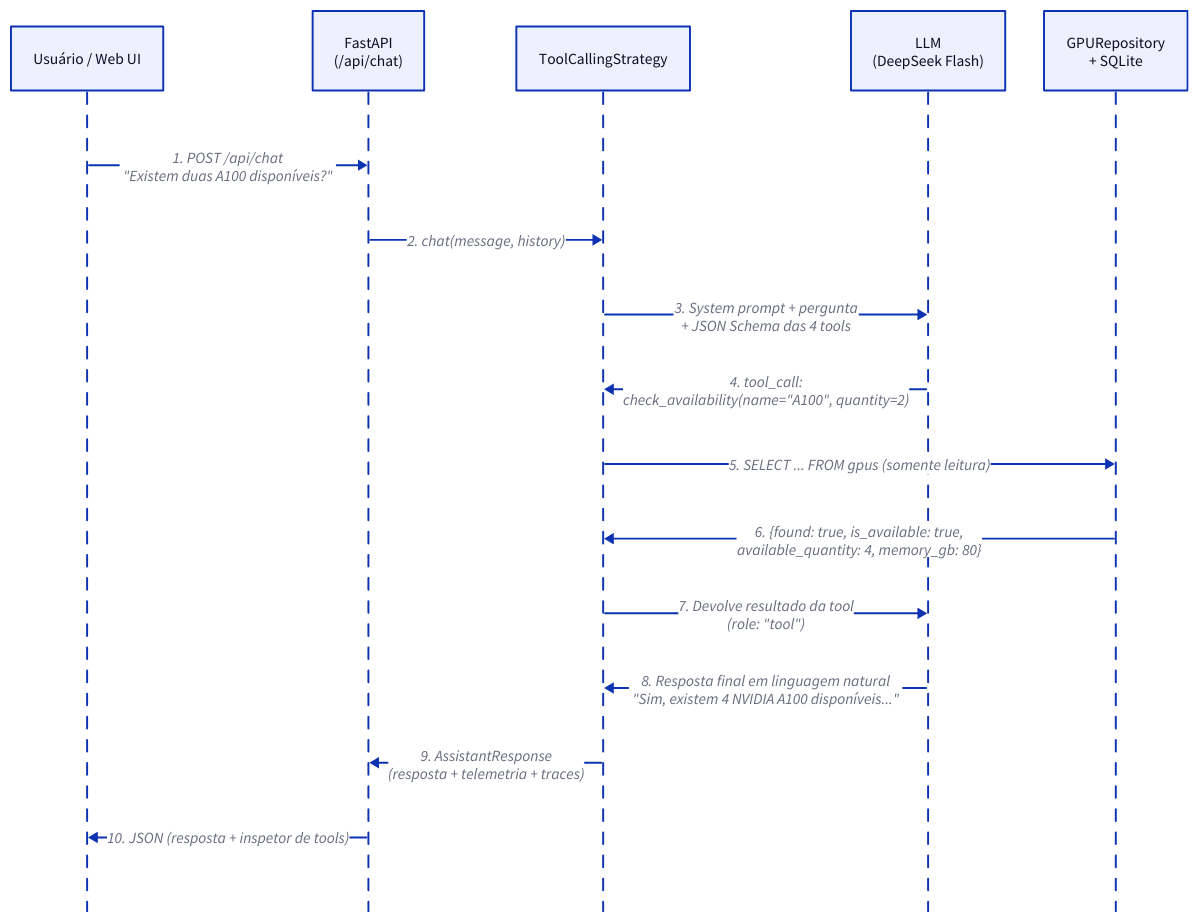
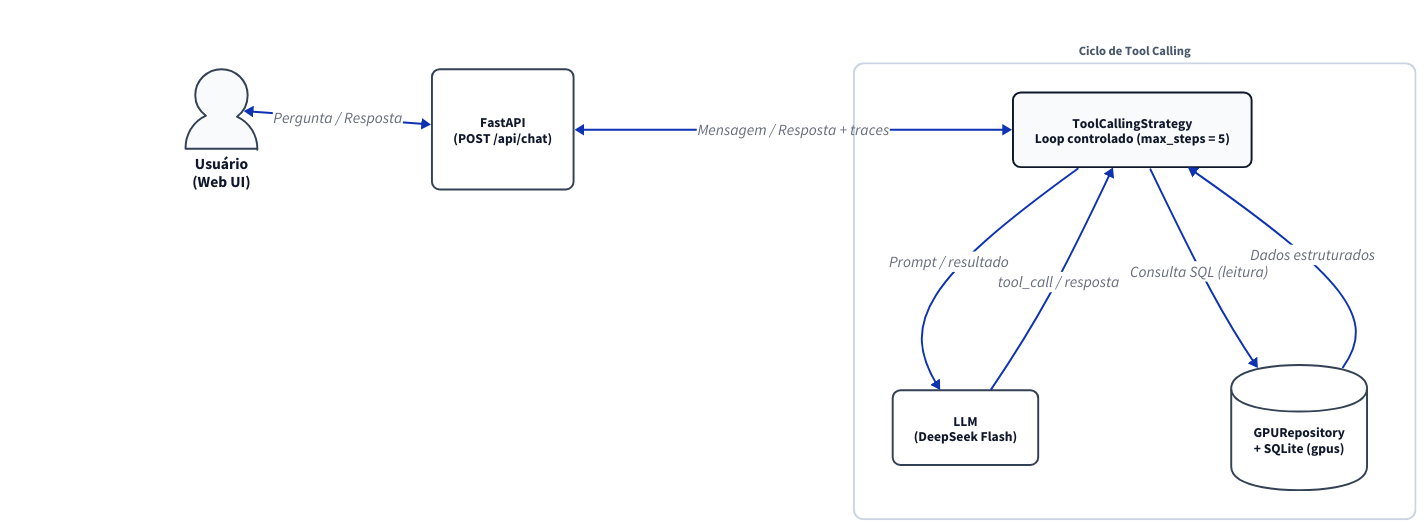
The diagram in docs/diagrams/tool_calling_flow.d2 (lucastslv/gpu-fleet-assistant), drawn with D2 before and after one commit. The commit also changed 3 other files, not shown here.

Commit message:
docs: refine tool calling flow diagram and add technical report

```diff
--- a/docs/diagrams/tool_calling_flow.d2
+++ b/docs/diagrams/tool_calling_flow.d2
@@ -1,24 +1,93 @@
-shape: sequence_diagram
+direction: down
 
 vars: {
   d2-config: {
     theme-id: 0
   }
 }
 
-user: "Usuário / Web UI"
-api: "FastAPI\n(/api/chat)"
-strategy: "ToolCallingStrategy"
-llm: "LLM\n(DeepSeek Flash)"
-db: "GPURepository\n+ SQLite"
+classes: {
+  box: {
+    style: {
+      fill: "#ffffff"
+      stroke: "#334155"
+      stroke-width: 2
+      border-radius: 8
+      font-size: 14
+      font-color: "#0f172a"
+    }
+  }
+  core: {
+    style: {
+      fill: "#f8fafc"
+      stroke: "#0f172a"
+      stroke-width: 2
+      border-radius: 8
+      font-size: 14
+      font-color: "#0f172a"
+      bold: true
+    }
+  }
+  invisible: {
+    style: {
+      fill: "transparent"
+      stroke: "transparent"
+    }
+  }
+}
 
-user -> api: "1. POST /api/chat\n\"Existem duas A100 disponíveis?\""
-api -> strategy: "2. chat(message, history)"
-strategy -> llm: "3. System prompt + pergunta\n+ JSON Schema das 4 tools"
-llm -> strategy: "4. tool_call:\ncheck_availability(name=\"A100\", quantity=2)"
-strategy -> db: "5. SELECT ... FROM gpus (somente leitura)"
-db -> strategy: "6. {found: true, is_available: true,\navailable_quantity: 4, memory_gb: 80}"
-strategy -> llm: "7. Devolve resultado da tool\n(role: \"tool\")"
-llm -> strategy: "8. Resposta final em linguagem natural\n\"Sim, existem 4 NVIDIA A100 disponíveis...\""
-strategy -> api: "9. AssistantResponse\n(resposta + telemetria + traces)"
-api -> user: "10. JSON (resposta + inspetor de tools)"
+entry: "" {
+  class: invisible
+  grid-rows: 1
+  horizontal-gap: 180
+
+  user: "Usuário\n(Web UI)" {
+    shape: person
+    style: {
+      fill: "#f8fafc"
+      stroke: "#334155"
+      stroke-width: 2
+      font-color: "#0f172a"
+    }
+  }
+
+  api: "FastAPI\n(POST /api/chat)" {
+    class: box
+  }
+
+  user <-> api: "Pergunta / Resposta"
+}
+
+loop: "Ciclo de Tool Calling" {
+  direction: down
+  style: {
+    fill: "#ffffff"
+    stroke: "#cbd5e1"
+    stroke-width: 2
+    border-radius: 10
+    font-size: 13
+    font-color: "#475569"
+    bold: true
+  }
+
+  strategy: "ToolCallingStrategy\nLoop controlado (max_steps = 5)" {
+    class: core
+  }
+
+  llm: "LLM\n(DeepSeek Flash)" {
+    class: box
+  }
+
+  db: "GPURepository\n+ SQLite (gpus)" {
+    shape: cylinder
+    class: box
+  }
+
+  strategy -> llm: "Prompt / resultado"
+  llm -> strategy: "tool_call / resposta"
+
+  strategy -> db: "Consulta SQL (leitura)"
+  db -> strategy: "Dados estruturados"
+}
+
+entry.api <-> loop.strategy: "Mensagem / Resposta + traces"
```
